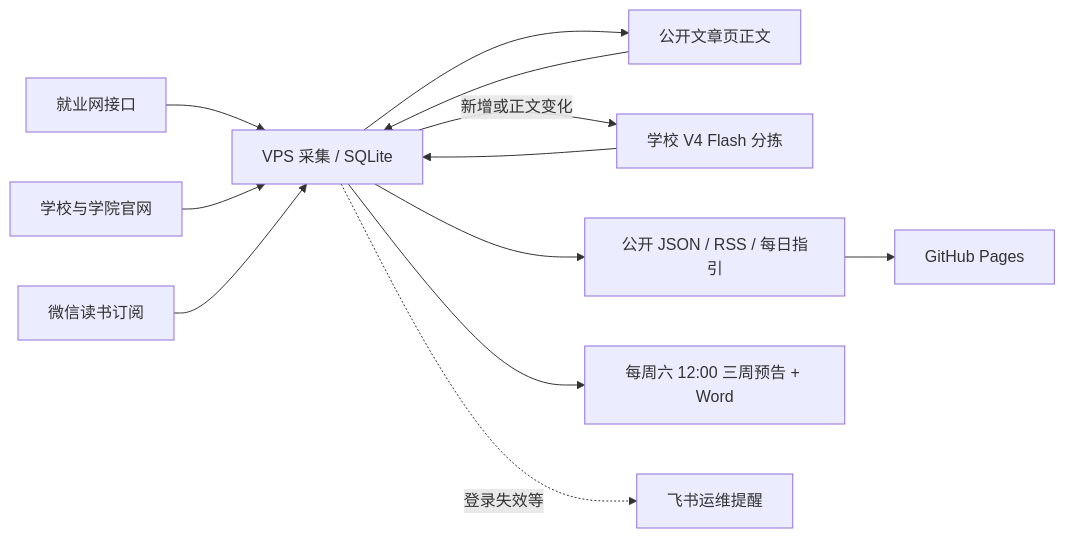
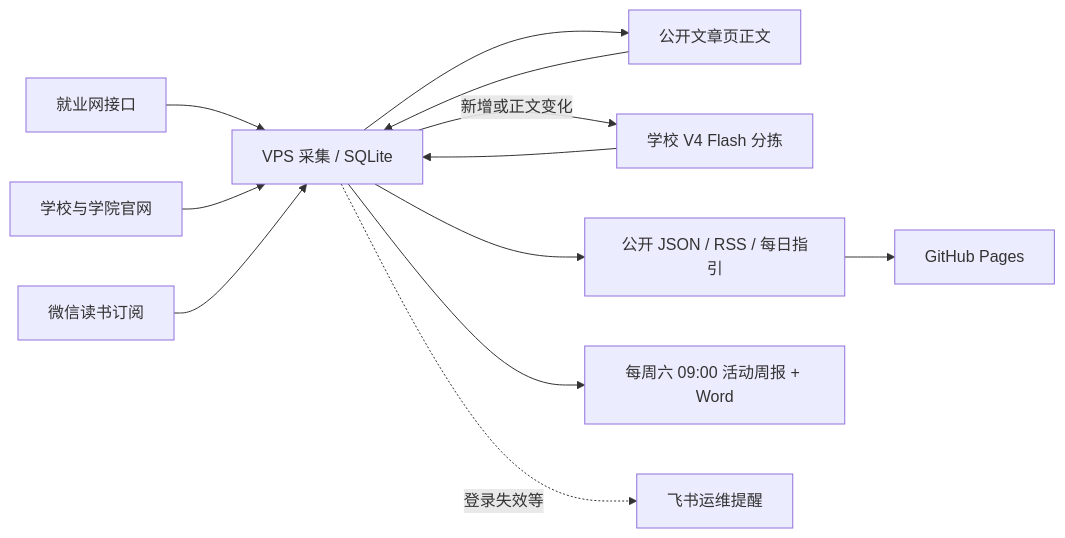
The diagram in README.md (lankerr/bit-student-feed), drawn with Mermaid before and after one commit. The commit also changed other lines of this file and 20 other files, not shown here.

````diff
--- a/README.md
+++ b/README.md
@@ -32,14 +32,14 @@
 ```mermaid
 flowchart LR
   J[就业网接口] --> V[VPS 采集 / SQLite]
   W[学校与学院官网] --> V
   R[微信读书订阅] --> V
   V --> B[公开文章页正文]
   B --> V
   V -->|新增或正文变化| S[学校 V4 Flash 分拣]
   S --> V
   V --> P[公开 JSON / RSS / 每日指引]
   P --> G[GitHub Pages]
-  V --> F[每周六 12:00 三周预告 + Word]
+  V --> F[每周六 09:00 活动周报 + Word]
   V -.登录失效等.-> O[飞书运维提醒]
 ```
````
